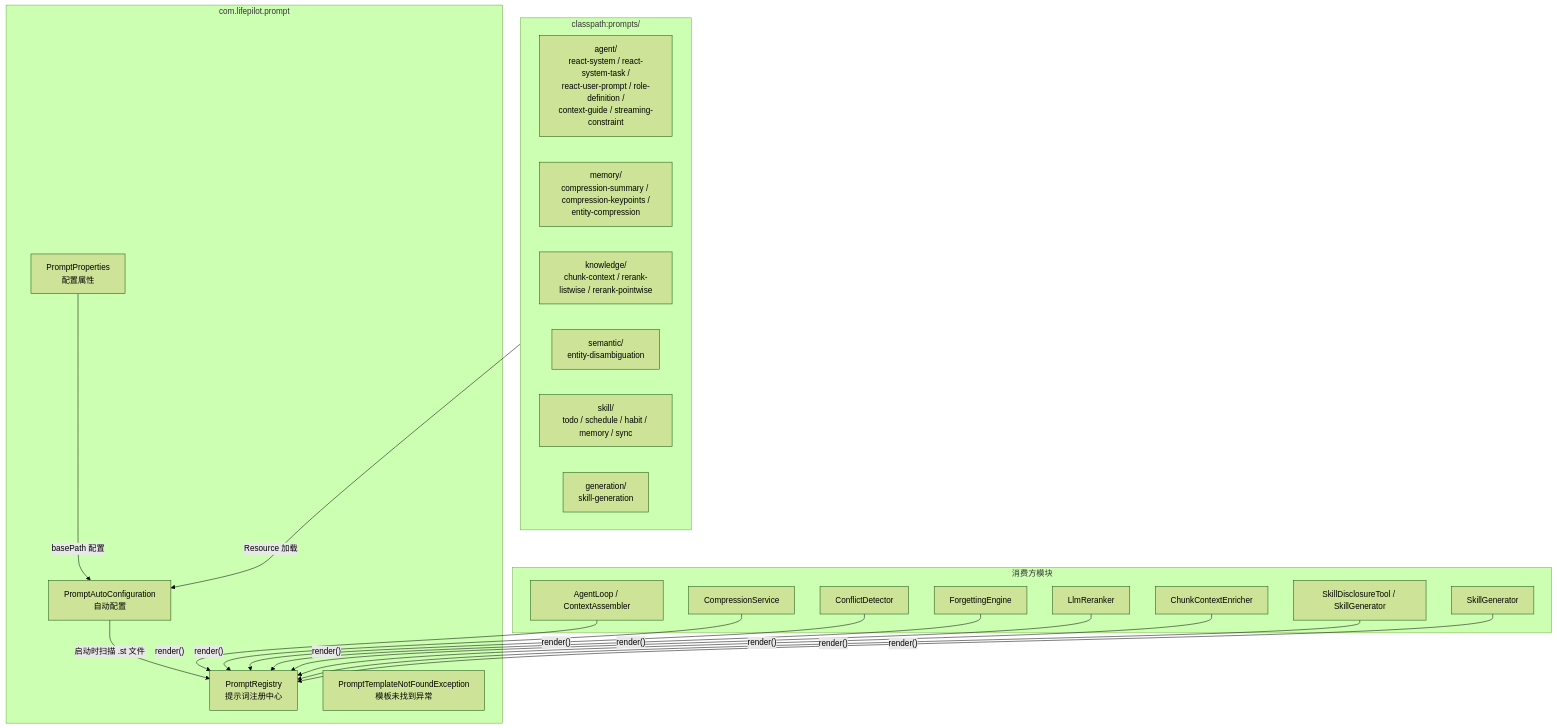
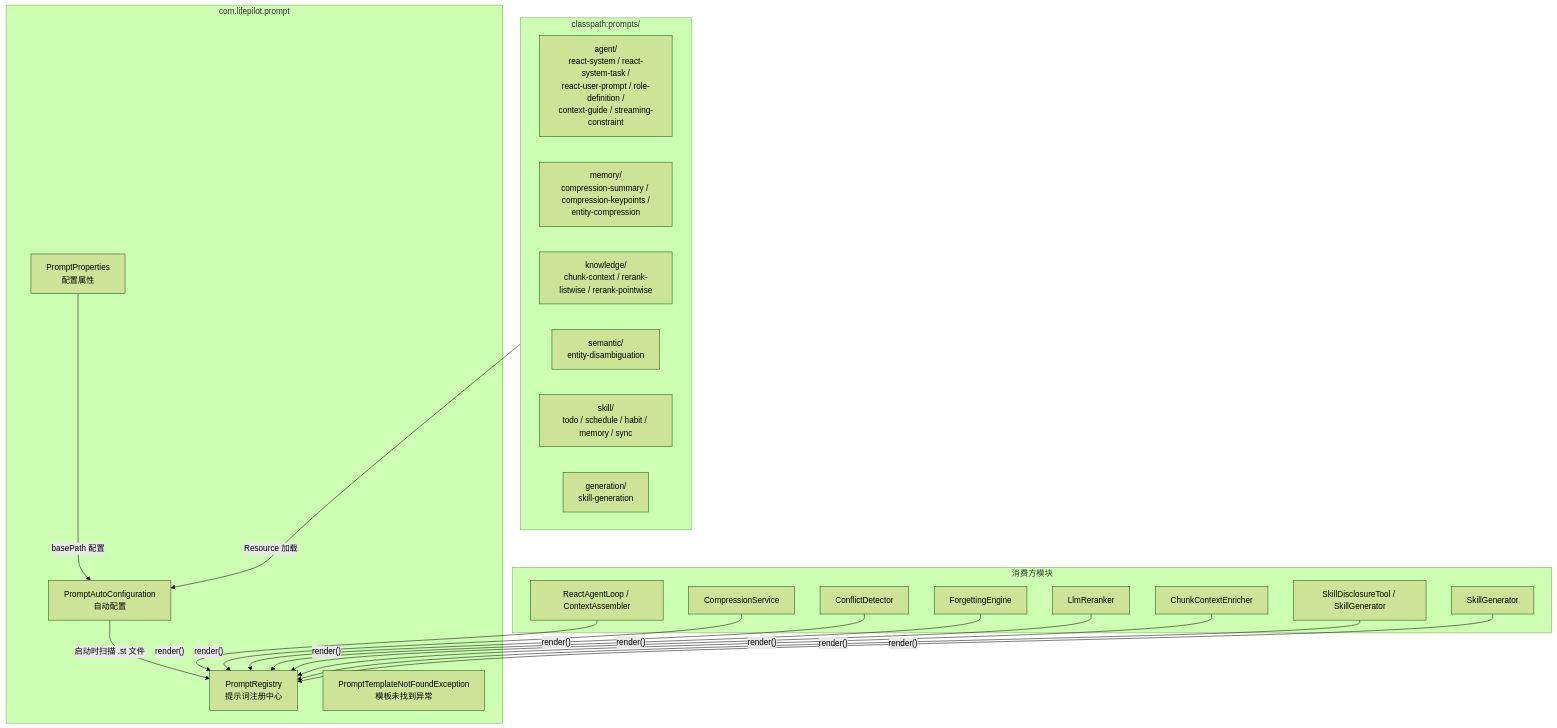
The first of 2 diagrams in docs/architecture/prompt-management.md (ntygod/LifePilot), drawn with Mermaid (forest theme) before and after one commit. The commit also changed other lines of this file and 14 other files, not shown here.

````diff
--- a/docs/architecture/prompt-management.md
+++ b/docs/architecture/prompt-management.md
@@ -13,43 +13,43 @@
 ```mermaid
 graph TB
     subgraph prompt["com.lifepilot.prompt"]
         PR["PromptRegistry<br/>提示词注册中心"]
         PAC["PromptAutoConfiguration<br/>自动配置"]
         PP["PromptProperties<br/>配置属性"]
         PTNF["PromptTemplateNotFoundException<br/>模板未找到异常"]
     end
 
     subgraph templates["classpath:prompts/"]
         T_AGENT["agent/<br/>react-system / react-system-task /<br/>react-user-prompt / role-definition /<br/>context-guide / streaming-constraint"]
         T_MEMORY["memory/<br/>compression-summary / compression-keypoints /<br/>entity-compression"]
         T_KNOWLEDGE["knowledge/<br/>chunk-context / rerank-listwise / rerank-pointwise"]
         T_SEMANTIC["semantic/<br/>entity-disambiguation"]
         T_SKILL["skill/<br/>todo / schedule / habit / memory / sync"]
         T_GEN["generation/<br/>skill-generation"]
     end
 
     subgraph consumers["消费方模块"]
-        AL["AgentLoop / ContextAssembler"]
+        AL["ReactAgentLoop / ContextAssembler"]
         CS["CompressionService"]
         CD["ConflictDetector"]
         FE["ForgettingEngine"]
         LR["LlmReranker"]
         CE["ChunkContextEnricher"]
         SP["SkillDisclosureTool / SkillGenerator"]
         SG["SkillGenerator"]
     end
 
     PAC -->|"启动时扫描 .st 文件"| PR
     PP -->|"basePath 配置"| PAC
     templates -->|"Resource 加载"| PAC
 
     AL -->|"render()"| PR
     CS -->|"render()"| PR
     CD -->|"render()"| PR
     FE -->|"render()"| PR
     LR -->|"render()"| PR
     CE -->|"render()"| PR
     SP -->|"render()"| PR
     SG -->|"render()"| PR
 
 ```
````
